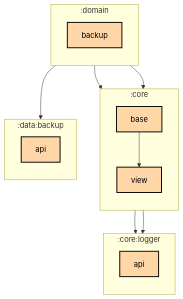
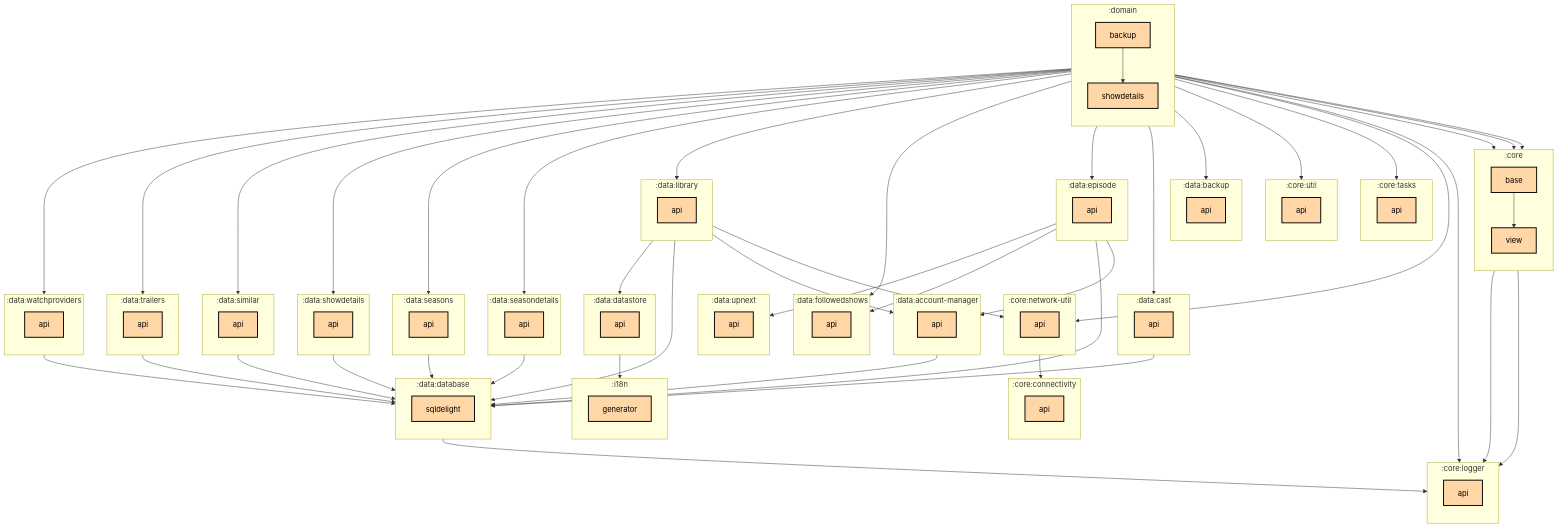
One commit to thomaskioko/tv-maniac changed the first of 2 diagrams in domain/backup/README.md. Above: the diagram before and after it, drawn with Mermaid. The commit also changed 7 other files, not shown here.

Commit message:
Update graph dependencies

```diff
--- a/domain/backup/README.md
+++ b/domain/backup/README.md
@@ -10,25 +10,137 @@
     :core:base[base]:::multiplatform
     :core:view[view]:::multiplatform
   end
+  subgraph :core:connectivity
+    direction TB
+    :core:connectivity:api[api]:::multiplatform
+  end
   subgraph :core:logger
     direction TB
     :core:logger:api[api]:::multiplatform
+  end
+  subgraph :core:network-util
+    direction TB
+    :core:network-util:api[api]:::multiplatform
+  end
+  subgraph :core:tasks
+    direction TB
+    :core:tasks:api[api]:::multiplatform
+  end
+  subgraph :core:util
+    direction TB
+    :core:util:api[api]:::multiplatform
+  end
+  subgraph :data:account-manager
+    direction TB
+    :data:account-manager:api[api]:::multiplatform
   end
   subgraph :data:backup
     direction TB
     :data:backup:api[api]:::multiplatform
   end
+  subgraph :data:cast
+    direction TB
+    :data:cast:api[api]:::multiplatform
+  end
+  subgraph :data:database
+    direction TB
+    :data:database:sqldelight[sqldelight]:::multiplatform
+  end
+  subgraph :data:datastore
+    direction TB
+    :data:datastore:api[api]:::multiplatform
+  end
+  subgraph :data:episode
+    direction TB
+    :data:episode:api[api]:::multiplatform
+  end
+  subgraph :data:followedshows
+    direction TB
+    :data:followedshows:api[api]:::multiplatform
+  end
+  subgraph :data:library
+    direction TB
+    :data:library:api[api]:::multiplatform
+  end
+  subgraph :data:seasondetails
+    direction TB
+    :data:seasondetails:api[api]:::multiplatform
+  end
+  subgraph :data:seasons
+    direction TB
+    :data:seasons:api[api]:::multiplatform
+  end
+  subgraph :data:showdetails
+    direction TB
+    :data:showdetails:api[api]:::multiplatform
+  end
+  subgraph :data:similar
+    direction TB
+    :data:similar:api[api]:::multiplatform
+  end
+  subgraph :data:trailers
+    direction TB
+    :data:trailers:api[api]:::multiplatform
+  end
+  subgraph :data:upnext
+    direction TB
+    :data:upnext:api[api]:::multiplatform
+  end
+  subgraph :data:watchproviders
+    direction TB
+    :data:watchproviders:api[api]:::multiplatform
+  end
   subgraph :domain
     direction TB
     :domain:backup[backup]:::multiplatform
+    :domain:showdetails[showdetails]:::multiplatform
+  end
+  subgraph :i18n
+    direction TB
+    :i18n:generator[generator]:::multiplatform
   end
 
   :core:base --> :core:logger:api
   :core:base --> :core:view
+  :core:network-util:api --> :core:connectivity:api
   :core:view --> :core:logger:api
+  :data:account-manager:api --> :data:database:sqldelight
+  :data:cast:api --> :data:database:sqldelight
+  :data:database:sqldelight --> :core:logger:api
+  :data:datastore:api --> :i18n:generator
+  :data:episode:api --> :data:account-manager:api
+  :data:episode:api --> :data:database:sqldelight
+  :data:episode:api --> :data:followedshows:api
+  :data:episode:api --> :data:upnext:api
+  :data:library:api --> :core:network-util:api
+  :data:library:api --> :data:account-manager:api
+  :data:library:api --> :data:database:sqldelight
+  :data:library:api --> :data:datastore:api
+  :data:seasondetails:api --> :data:database:sqldelight
+  :data:seasons:api --> :data:database:sqldelight
+  :data:showdetails:api --> :data:database:sqldelight
+  :data:similar:api --> :data:database:sqldelight
+  :data:trailers:api --> :data:database:sqldelight
+  :data:watchproviders:api --> :data:database:sqldelight
   :domain:backup --> :core:base
+  :domain:backup --> :core:logger:api
+  :domain:backup --> :core:network-util:api
+  :domain:backup --> :core:tasks:api
   :domain:backup --> :core:view
   :domain:backup --> :data:backup:api
+  :domain:backup --> :domain:showdetails
+  :domain:showdetails --> :core:base
+  :domain:showdetails --> :core:util:api
+  :domain:showdetails --> :data:cast:api
+  :domain:showdetails --> :data:episode:api
+  :domain:showdetails --> :data:followedshows:api
+  :domain:showdetails --> :data:library:api
+  :domain:showdetails --> :data:seasondetails:api
+  :domain:showdetails --> :data:seasons:api
+  :domain:showdetails --> :data:showdetails:api
+  :domain:showdetails --> :data:similar:api
+  :domain:showdetails --> :data:trailers:api
+  :domain:showdetails --> :data:watchproviders:api
 
 classDef application fill:#CAFFBF,stroke:#000,stroke-width:2px,color:#000;
 classDef multiplatform fill:#FFD6A5,stroke:#000,stroke-width:2px,color:#000;
```
